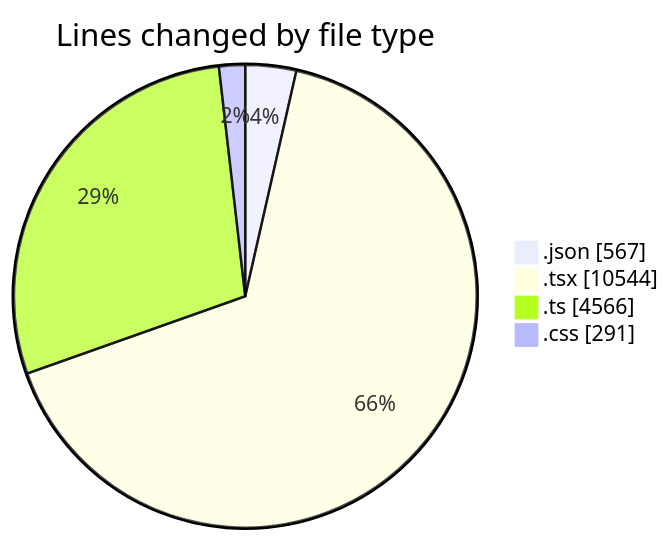
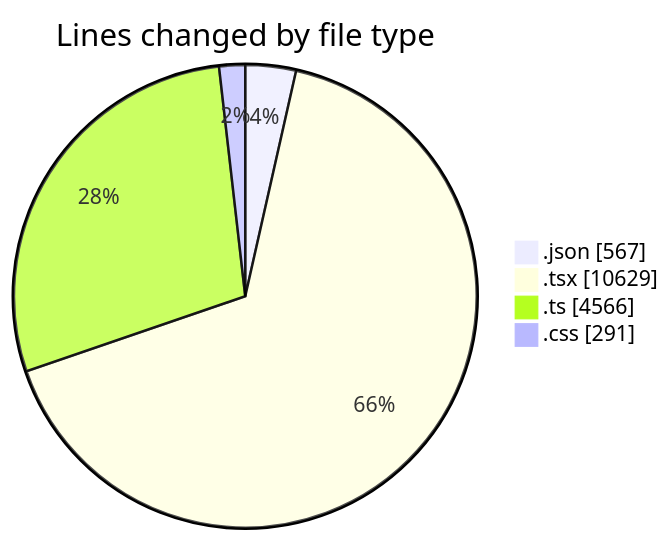
One commit to julien-gomy/code-tracking changed the first of 2 diagrams in 2025-10-07/eventscop-frontend-guide__workspace_/README.md. Above: the diagram before and after it, drawn with Mermaid. The commit also changed other lines of this file and 1 other file, not shown here.

````diff
--- a/2025-10-07/eventscop-frontend-guide__workspace_/README.md
+++ b/2025-10-07/eventscop-frontend-guide__workspace_/README.md
@@ -94,8 +95,8 @@
 ```mermaid
 pie showData
 title Lines changed by file type
 ".json" : 567
-".tsx" : 10544
+".tsx" : 10629
 ".ts" : 4566
 ".css" : 291
 ```
````
